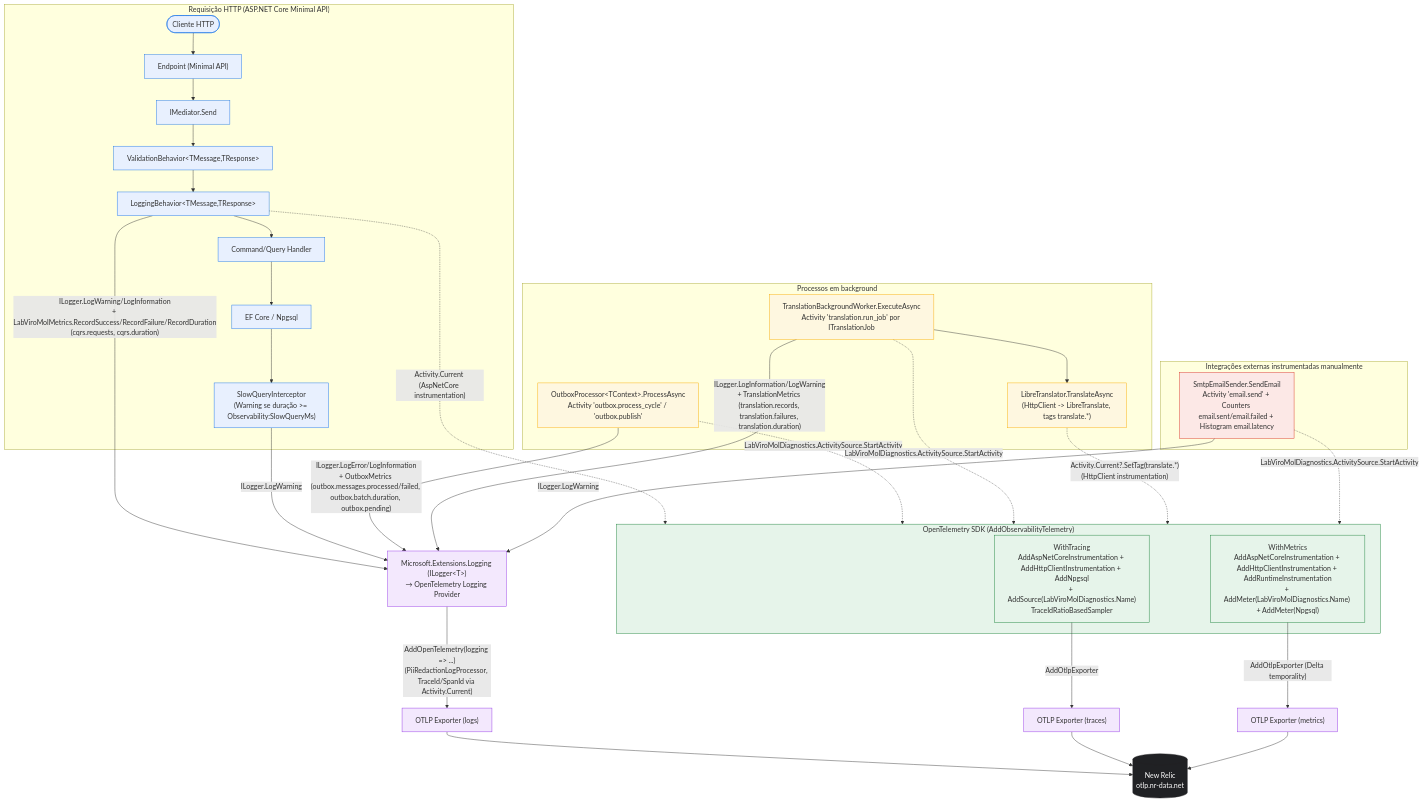
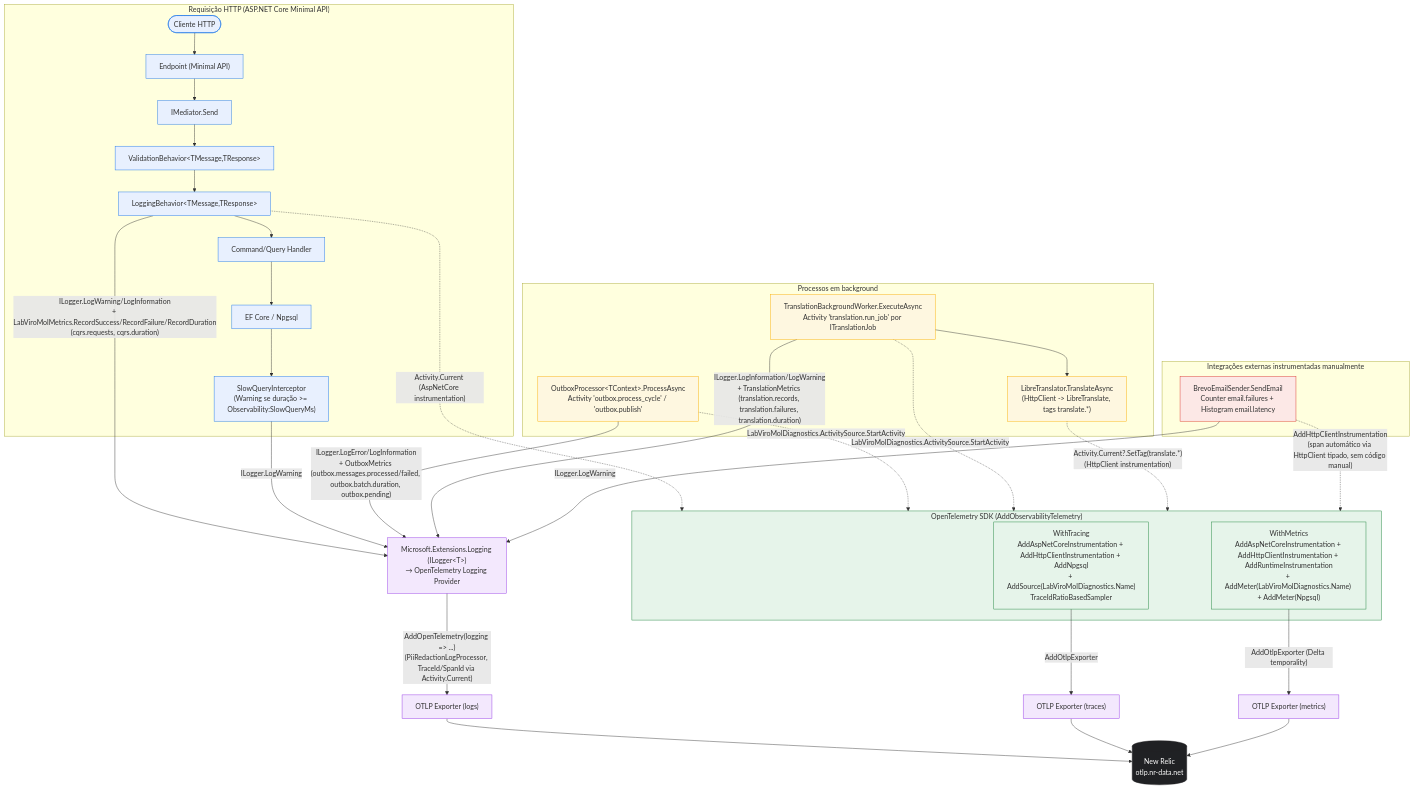
The diagram in docs/architecture/observability-overview.md (VitorEspinoza/LabViroMol), drawn with Mermaid before and after one commit. The commit also changed other lines of this file and 32 other files, not shown here.

````diff
--- a/docs/architecture/observability-overview.md
+++ b/docs/architecture/observability-overview.md
@@ -20,62 +20,62 @@
 ```mermaid
 flowchart TB
     subgraph HTTP["Requisição HTTP (ASP.NET Core Minimal API)"]
         Req(["Cliente HTTP"]) --> Endpoint["Endpoint (Minimal API)"]
         Endpoint --> Mediator["IMediator.Send"]
         Mediator --> Validation["ValidationBehavior&lt;TMessage,TResponse&gt;"]
         Validation --> Logging["LoggingBehavior&lt;TMessage,TResponse&gt;"]
         Logging --> Handler["Command/Query Handler"]
         Handler --> EfCore["EF Core / Npgsql"]
         EfCore --> SlowQuery["SlowQueryInterceptor\n(Warning se duração >= Observability:SlowQueryMs)"]
     end
 
     subgraph Background["Processos em background"]
         Outbox["OutboxProcessor&lt;TContext&gt;.ProcessAsync\nActivity 'outbox.process_cycle' / 'outbox.publish'"]
         Translation["TranslationBackgroundWorker.ExecuteAsync\nActivity 'translation.run_job' por ITranslationJob"]
         Translation --> LibreHttp["LibreTranslator.TranslateAsync\n(HttpClient -> LibreTranslate, tags translate.*)"]
     end
 
     subgraph External["Integrações externas instrumentadas manualmente"]
-        Smtp["SmtpEmailSender.SendEmail\nActivity 'email.send' + Counters email.sent/email.failed + Histogram email.latency"]
+        Brevo["BrevoEmailSender.SendEmail\nCounter email.failures + Histogram email.latency"]
     end
 
     Logging -- "ILogger.LogWarning/LogInformation\n+ LabViroMolMetrics.RecordSuccess/RecordFailure/RecordDuration\n(cqrs.requests, cqrs.duration)" --> MelLogging["Microsoft.Extensions.Logging (ILogger&lt;T&gt;)\n→ OpenTelemetry Logging Provider"]
     SlowQuery -- "ILogger.LogWarning" --> MelLogging
     Outbox -- "ILogger.LogError/LogInformation\n+ OutboxMetrics (outbox.messages.processed/failed, outbox.batch.duration, outbox.pending)" --> MelLogging
     Translation -- "ILogger.LogInformation/LogWarning\n+ TranslationMetrics (translation.records, translation.failures, translation.duration)" --> MelLogging
-    Smtp -- "ILogger.LogWarning" --> MelLogging
+    Brevo -- "ILogger.LogWarning" --> MelLogging
 
     Logging -. "Activity.Current (AspNetCore instrumentation)" .-> OtelSdk
     Outbox -. "LabViroMolDiagnostics.ActivitySource.StartActivity" .-> OtelSdk
     Translation -. "LabViroMolDiagnostics.ActivitySource.StartActivity" .-> OtelSdk
     LibreHttp -. "Activity.Current?.SetTag(translate.*)\n(HttpClient instrumentation)" .-> OtelSdk
-    Smtp -. "LabViroMolDiagnostics.ActivitySource.StartActivity" .-> OtelSdk
+    Brevo -. "AddHttpClientInstrumentation\n(span automático via HttpClient tipado, sem código manual)" .-> OtelSdk
 
     MelLogging -->|"AddOpenTelemetry(logging => ...)\n(PiiRedactionLogProcessor, TraceId/SpanId via Activity.Current)"| OtlpExporterLogs["OTLP Exporter (logs)"]
 
     subgraph OtelSdk["OpenTelemetry SDK (AddObservabilityTelemetry)"]
         Tracing["WithTracing\nAddAspNetCoreInstrumentation + AddHttpClientInstrumentation + AddNpgsql\n+ AddSource(LabViroMolDiagnostics.Name)\nTraceIdRatioBasedSampler"]
         Metrics["WithMetrics\nAddAspNetCoreInstrumentation + AddHttpClientInstrumentation + AddRuntimeInstrumentation\n+ AddMeter(LabViroMolDiagnostics.Name) + AddMeter(Npgsql)"]
     end
 
     Tracing -->|"AddOtlpExporter"| OtlpExporterTraces["OTLP Exporter (traces)"]
     Metrics -->|"AddOtlpExporter (Delta temporality)"| OtlpExporterMetrics["OTLP Exporter (metrics)"]
 
     OtlpExporterLogs --> NewRelic[("New Relic\notlp.nr-data.net")]
     OtlpExporterTraces --> NewRelic
     OtlpExporterMetrics --> NewRelic
 
     classDef pipeline fill:#e8f0fe,stroke:#1a73e8;
     classDef background fill:#fef7e0,stroke:#f9ab00;
     classDef external fill:#fce8e6,stroke:#d93025;
     classDef otel fill:#e6f4ea,stroke:#188038;
     classDef sink fill:#f3e8fd,stroke:#9334e6;
     classDef backend fill:#202124,stroke:#202124,color:#fff;
 
     class Req,Endpoint,Mediator,Validation,Logging,Handler,EfCore,SlowQuery pipeline;
     class Outbox,Translation,LibreHttp background;
-    class Smtp external;
+    class Brevo external;
     class OtelSdk,Tracing,Metrics otel;
     class MelLogging,OtlpExporterLogs,OtlpExporterTraces,OtlpExporterMetrics sink;
     class NewRelic backend;
 ```
````
